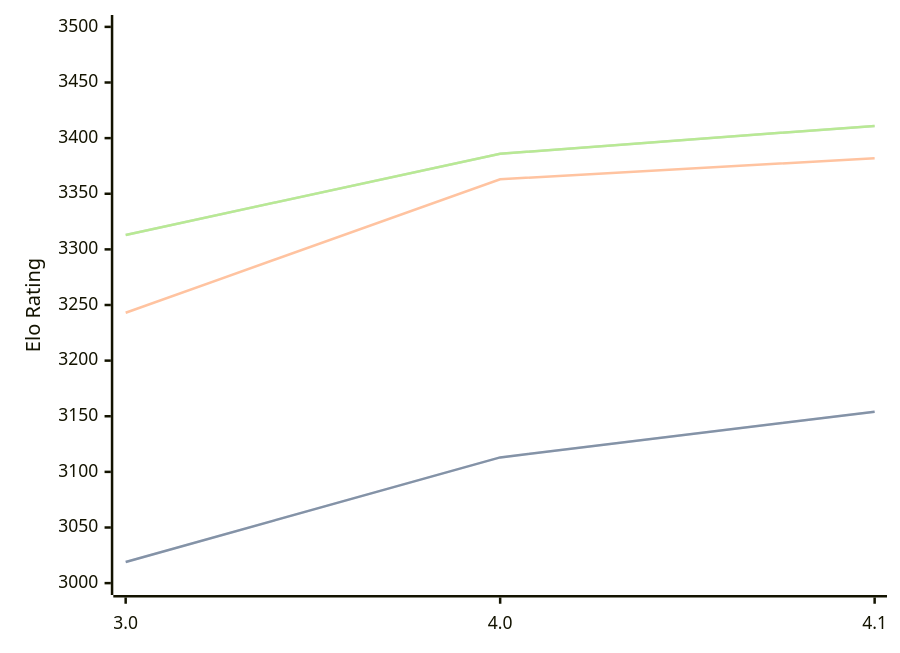
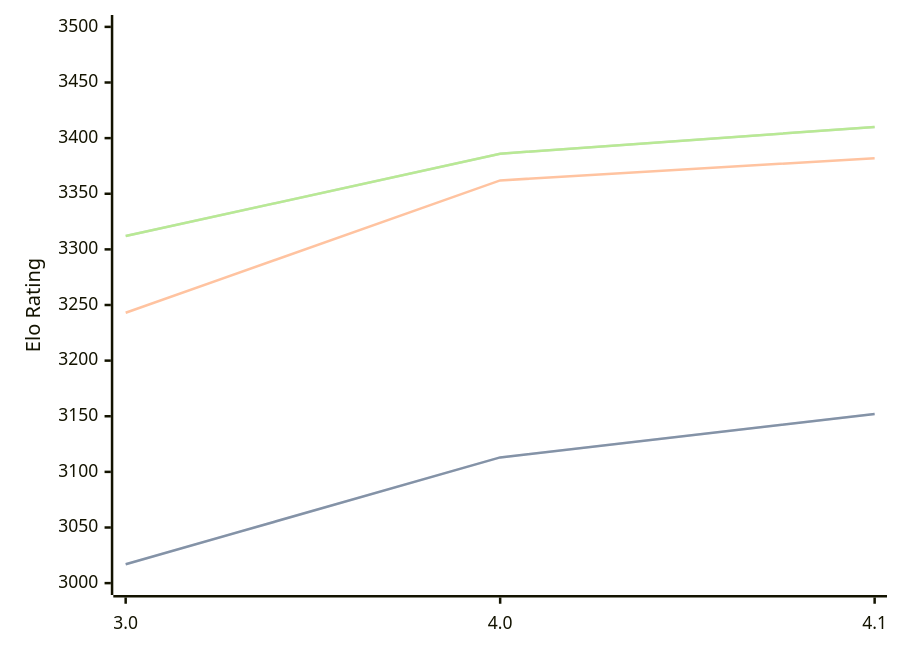
One commit to computer-chess-index/cci changed the diagram in engines/Eleanor.md. Above: the diagram before and after it, drawn with Mermaid. The commit also changed other lines of this file, not shown here.

Commit message:
Update CCI Ratings (ELO VLTC) - 2026-07-27

````diff
--- a/engines/Eleanor.md
+++ b/engines/Eleanor.md
@@ -35,11 +35,11 @@
 ```mermaid
 %%{init: {"theme":"base","themeVariables":{"seriesColors:['#a3a3a3','#222221','#faa371']}}}%%
 xychart-beta
   x-axis ["3.0", "4.0", "4.1"]
   y-axis "Elo Rating" 3000 --> 3500
-  line "STC (8.0+0.08s)" [3019, 3113, 3154]
-  line "STC (8.0+0.08s)" [3019, 3113, 3154]
-  line "LTC (60.0+0.60s)" [3243, 3363, 3382]
-  line "VLTC (2m24s+1.12s)" [3313, 3386, 3411]
-  line "VLTC (2m24s+1.12s)" [3313, 3386, 3411]
+  line "STC (8.0+0.08s)" [3017, 3113, 3152]
+  line "STC (8.0+0.08s)" [3017, 3113, 3152]
+  line "LTC (60.0+0.60s)" [3243, 3362, 3382]
+  line "VLTC (2m24s+1.12s)" [3312, 3386, 3410]
+  line "VLTC (2m24s+1.12s)" [3312, 3386, 3410]
 ```
````
